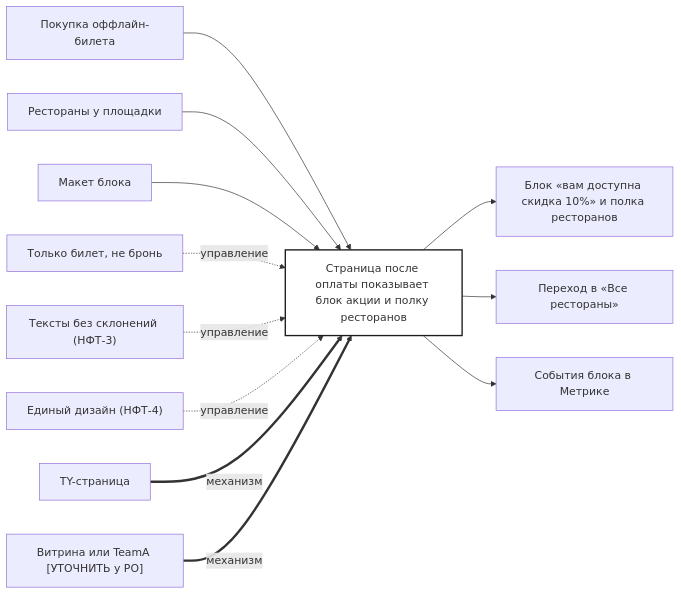
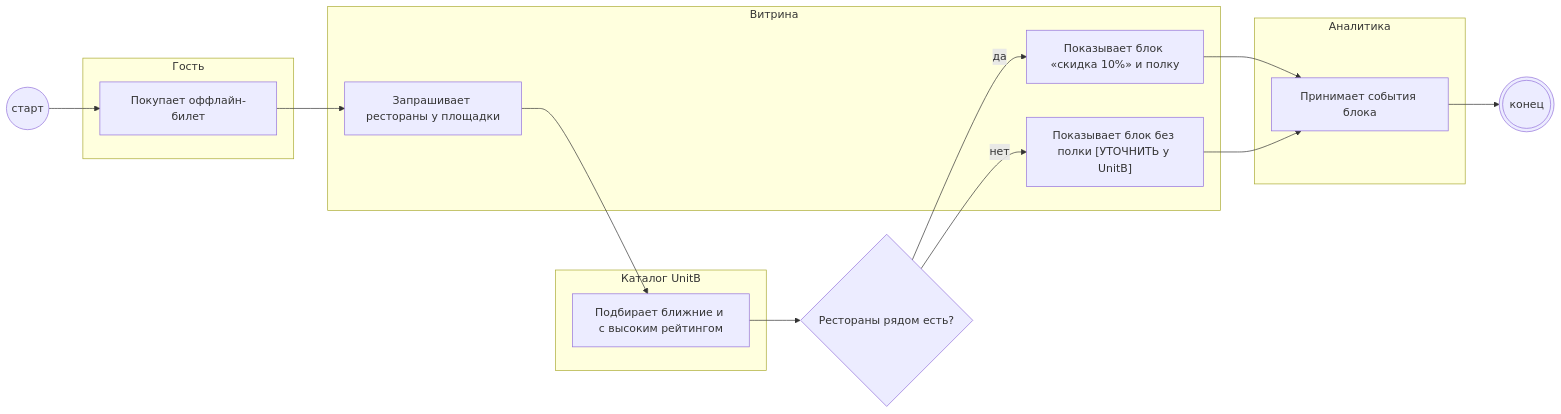
One commit to po-helper-org/poh-bft-writer changed the diagram in skills/bft-blueprint/examples/dineclub-restart-blueprint/backlog/tasks/bp-5.1 - Страница-после-оплаты-показывает-блок-акции-и-полку-ресторанов.md. Above: the diagram before and after it, drawn with Mermaid. The commit also changed other lines of this file and 60 other files, not shown here.

````diff
--- a/skills/bft-blueprint/examples/dineclub-restart-blueprint/backlog/tasks/bp-5.1 - Страница-после-оплаты-показывает-блок-акции-и-полку-ресторанов.md
+++ b/skills/bft-blueprint/examples/dineclub-restart-blueprint/backlog/tasks/bp-5.1 - Страница-после-оплаты-показывает-блок-акции-и-полку-ресторанов.md
@@ -29,16 +46,29 @@
 ```mermaid
 flowchart LR
-  A0["Страница после оплаты показывает блок акции и полку ресторанов"]
-  in1["Покупка оффлайн-билета"] --> A0
-  in2["Рестораны у площадки"] --> A0
-  in3["Макет блока"] --> A0
-  ctl1["Только билет, не бронь"] -. управление .-> A0
-  ctl2["Тексты без склонений (НФТ-3)"] -. управление .-> A0
-  ctl3["Единый дизайн (НФТ-4)"] -. управление .-> A0
-  mech1["TY-страница"] == механизм ==> A0
-  mech2["Витрина или TeamA [УТОЧНИТЬ у PO]"] == механизм ==> A0
-  A0 --> out1["Блок «вам доступна скидка 10%» и полка ресторанов"]
-  A0 --> out2["Переход в «Все рестораны»"]
-  A0 --> out3["События блока в Метрике"]
-  style A0 fill:#fff,stroke:#1c1c1c,stroke-width:2px
+  S(("старт"))
+  subgraph L1["Гость"]
+    N1["Покупает оффлайн-билет"]
+  end
+  subgraph L2["Витрина"]
+    N2["Запрашивает рестораны у площадки"]
+    N5["Показывает блок «скидка 10%» и полку"]
+    N6["Показывает блок без полки [УТОЧНИТЬ у UnitB]"]
+  end
+  subgraph L3["Каталог UnitB"]
+    N3["Подбирает ближние и с высоким рейтингом"]
+  end
+  subgraph L4["Аналитика"]
+    N7["Принимает события блока"]
+  end
+  G4{"Рестораны рядом есть?"}
+  E((("конец")))
+  S --> N1
+  N1 --> N2
+  N2 --> N3
+  N3 --> G4
+  G4 -- да --> N5
+  G4 -- нет --> N6
+  N5 --> N7
+  N6 --> N7
+  N7 --> E
 ```
````
